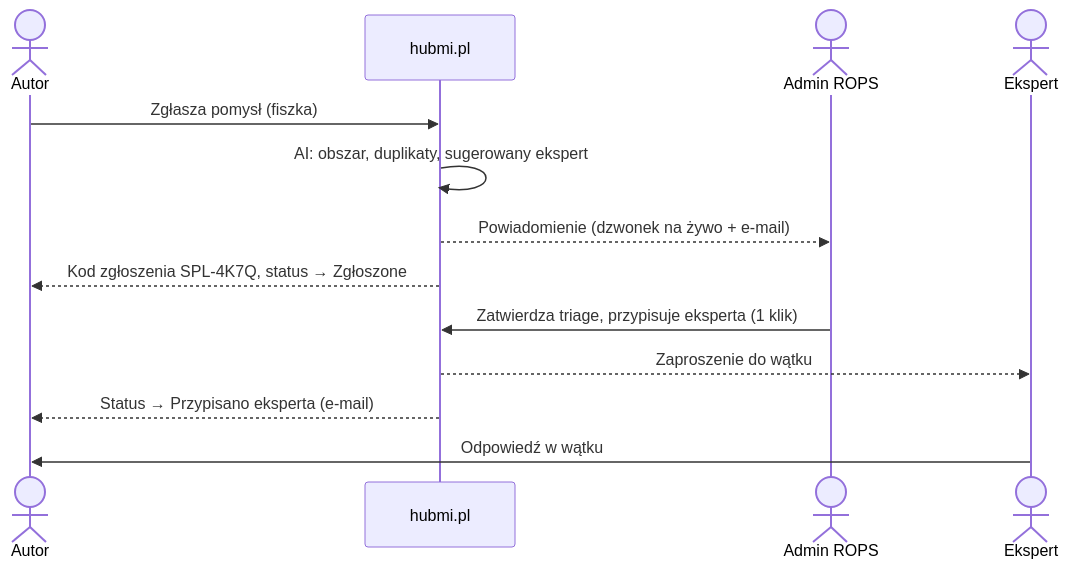
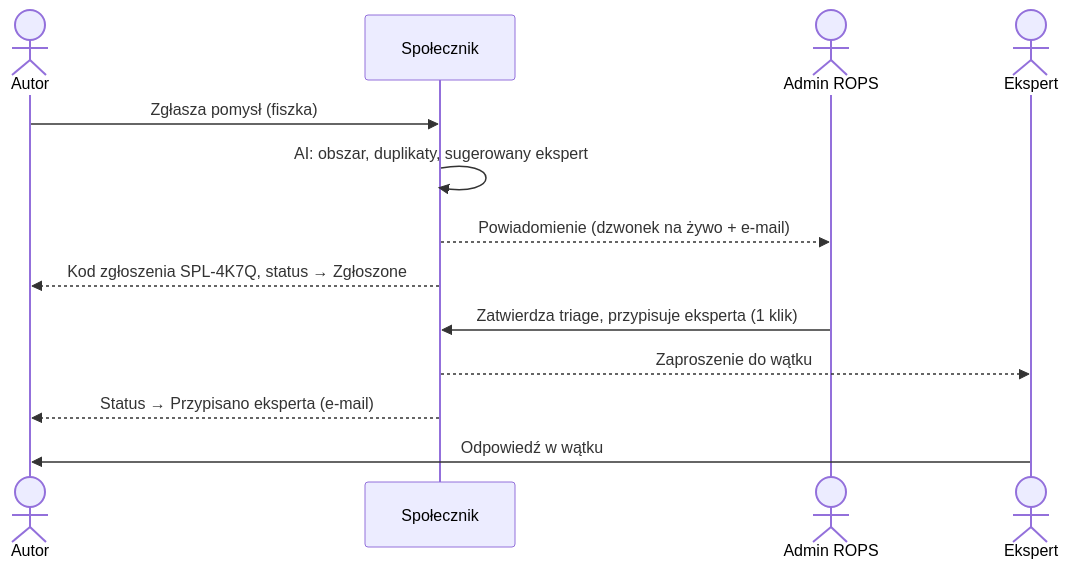
One commit to JaQubus/Spolecznik changed the third of 3 diagrams in README.md. Above: the diagram before and after it, drawn with Mermaid. The commit also changed other lines of this file and 10 other files, not shown here.

````diff
--- a/README.md
+++ b/README.md
@@ -334,15 +334,15 @@
 ```mermaid
 sequenceDiagram
   actor A as Autor
-  participant S as hubmi.pl
+  participant S as Społecznik
   actor R as Admin ROPS
   actor E as Ekspert
   A->>S: Zgłasza pomysł (fiszka)
   S->>S: AI: obszar, duplikaty, sugerowany ekspert
   S-->>R: Powiadomienie (dzwonek na żywo + e-mail)
   S-->>A: Kod zgłoszenia SPL-4K7Q, status → Zgłoszone
   R->>S: Zatwierdza triage, przypisuje eksperta (1 klik)
   S-->>E: Zaproszenie do wątku
   S-->>A: Status → Przypisano eksperta (e-mail)
   E->>A: Odpowiedź w wątku
 ```
````
